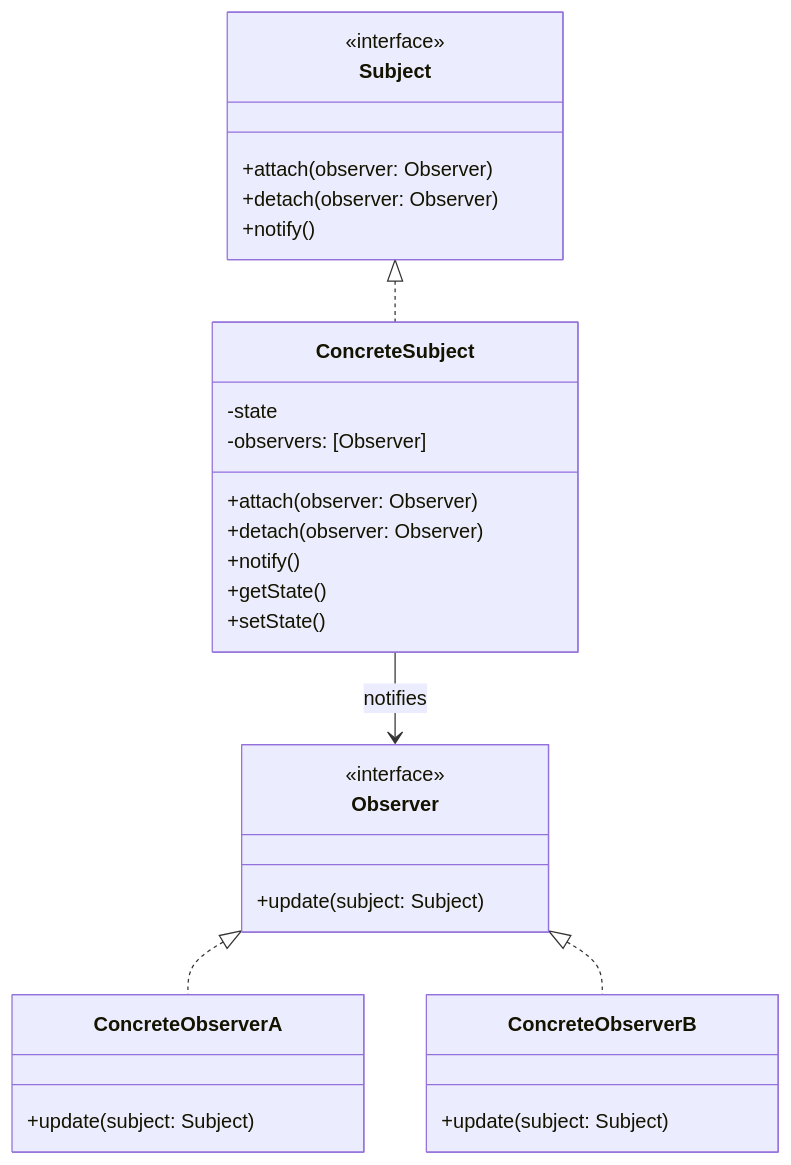
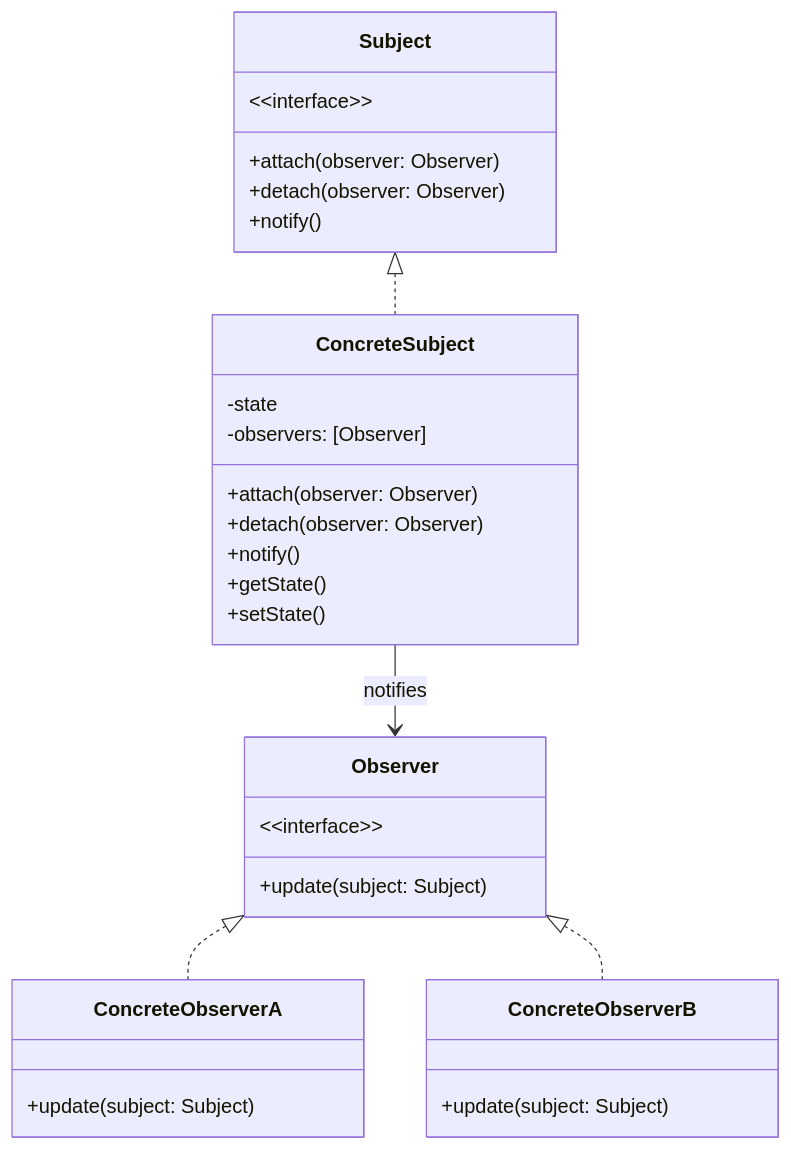
The diagram in content/posts/interview/ios-design/patterns/观察者模式/index.md (AmatsuZero/LastStand), drawn with Mermaid before and after one commit. The commit also changed 10 other files, not shown here.

First line of the commit message:
fix: 修复设计模式系列 mermaid classDiagram 尖括号渲染失败

````diff
--- a/content/posts/interview/ios-design/patterns/观察者模式/index.md
+++ b/content/posts/interview/ios-design/patterns/观察者模式/index.md
@@ -92,37 +92,37 @@
 ```mermaid
 classDiagram
     class Subject {
-        <<interface>>
+        &lt;&lt;interface&gt;&gt;
         +attach(observer: Observer)
         +detach(observer: Observer)
         +notify()
     }
     
     class ConcreteSubject {
         -state
         -observers: [Observer]
         +attach(observer: Observer)
         +detach(observer: Observer)
         +notify()
         +getState()
         +setState()
     }
     
     class Observer {
-        <<interface>>
+        &lt;&lt;interface&gt;&gt;
         +update(subject: Subject)
     }
     
     class ConcreteObserverA {
         +update(subject: Subject)
     }
     
     class ConcreteObserverB {
         +update(subject: Subject)
     }
     
     Subject <|.. ConcreteSubject
     Observer <|.. ConcreteObserverA
     Observer <|.. ConcreteObserverB
     ConcreteSubject --> Observer : notifies
 ```
````
